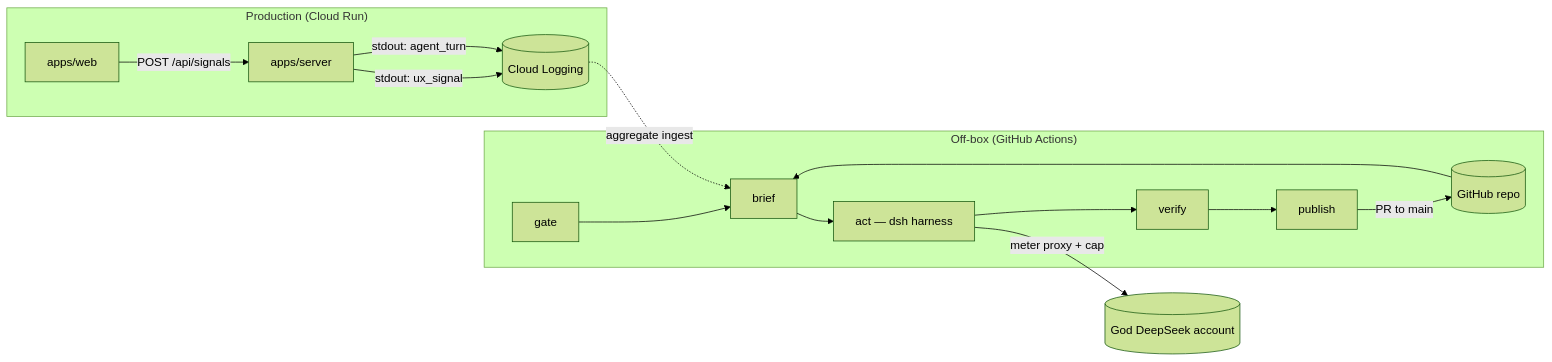
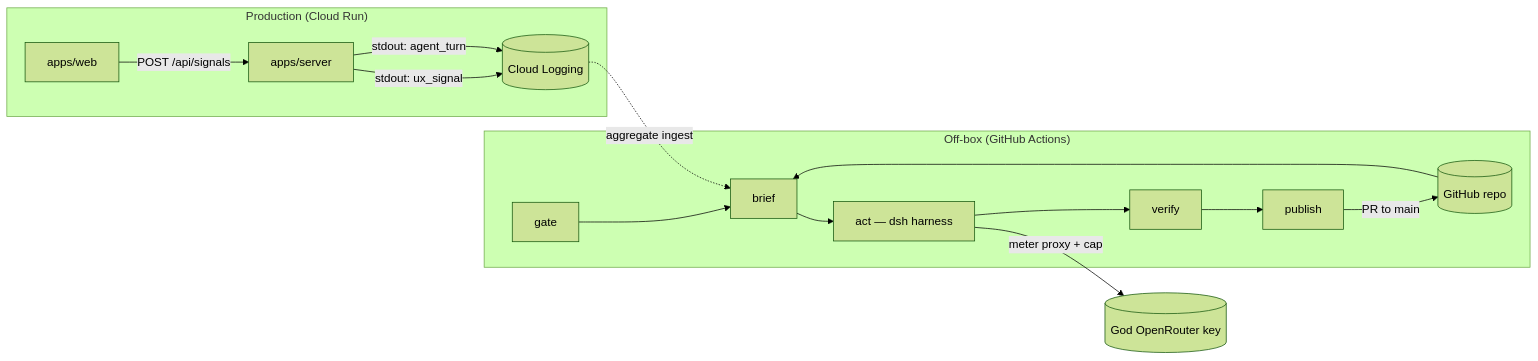
The first of 4 diagrams in docs/guide/archislop-god.md (acuhlmann/mermaid-gen), drawn with Mermaid (forest theme) before and after one commit. The commit also changed other lines of this file and 16 other files, not shown here.

````diff
--- a/docs/guide/archislop-god.md
+++ b/docs/guide/archislop-god.md
@@ -39,24 +39,24 @@
 ```mermaid
 flowchart LR
   subgraph prod ["Production (Cloud Run)"]
     Web["apps/web"]
     API["apps/server"]
     Web -->|"POST /api/signals"| API
     API -->|"stdout: ux_signal"| Logs[("Cloud Logging")]
     API -->|"stdout: agent_turn"| Logs
   end
 
   subgraph offbox ["Off-box (GitHub Actions)"]
     Gate["gate"]
     Brief["brief"]
     Act["act — dsh harness"]
     Verify["verify"]
     Publish["publish"]
     Gate --> Brief --> Act --> Verify --> Publish
     Publish -->|"PR to main"| Repo[("GitHub repo")]
   end
 
   Logs -.->|"aggregate ingest"| Brief
   Repo --> Brief
-  Act -->|"meter proxy + cap"| DS[("God DeepSeek account")]
+  Act -->|"meter proxy + cap"| DS[("God OpenRouter key")]
 ```
````
